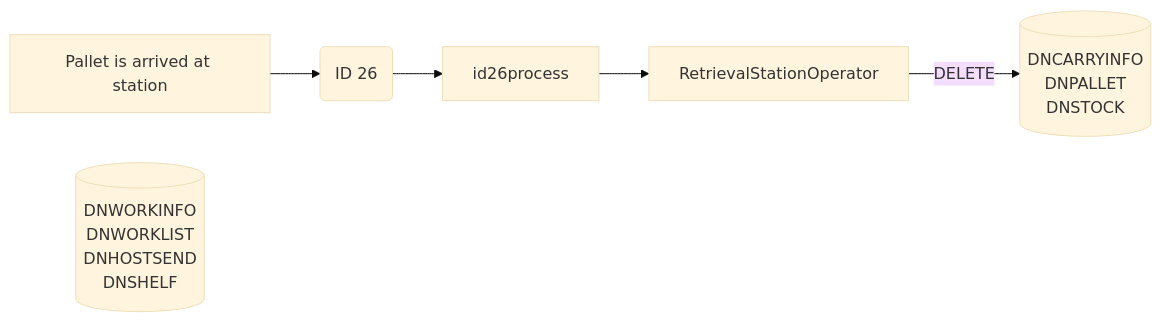
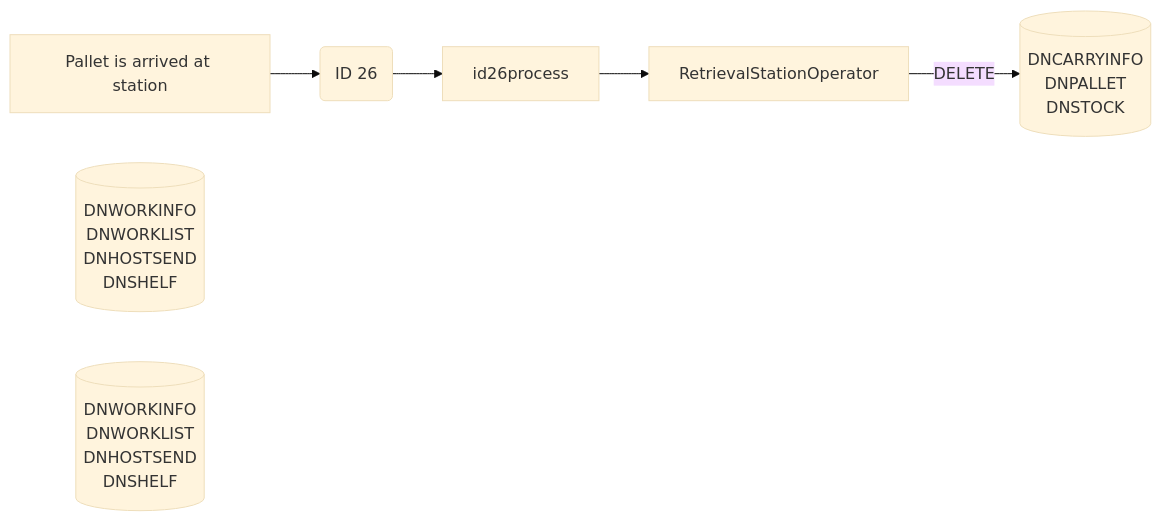
Before and after one commit to luthfiadityaa/SimeDarby-Wiki: the eighth of 8 diagrams in Basic-Design/DFD-WMS/Retrieval/Unplanned-Retrieval-from-HP-Area.md, drawn with Mermaid (base theme).

Commit message:
Updated Unplanned Retrieval from HP Area

```diff
--- a/Basic-Design/DFD-WMS/Retrieval/Unplanned-Retrieval-from-HP-Area.md
+++ b/Basic-Design/DFD-WMS/Retrieval/Unplanned-Retrieval-from-HP-Area.md
@@ -233,34 +233,41 @@
 ::: mermaid
 flowchart LR
 
 buttonclicked["
 Pallet is arrived at station
 "]
 
 id26msg("
 ID 26
 ")
 
 id26-update[("
 DNWORKINFO
 DNWORKLIST
 DNHOSTSEND
 DNSHELF
 ")]
 
 id26-delete[("
 DNCARRYINFO
 DNPALLET
 DNSTOCK
 ")]
 
+id26-insert[("
+DNWORKINFO
+DNWORKLIST
+DNHOSTSEND
+DNSHELF
+")]
+
 id26process[id26process]
 retrievaloperator[RetrievalStationOperator]
 
 
 buttonclicked --> id26msg
 id26msg -->id26process
 id26process-->retrievaloperator
 
 retrievaloperator--> |DELETE| id26-delete
 :::
```
